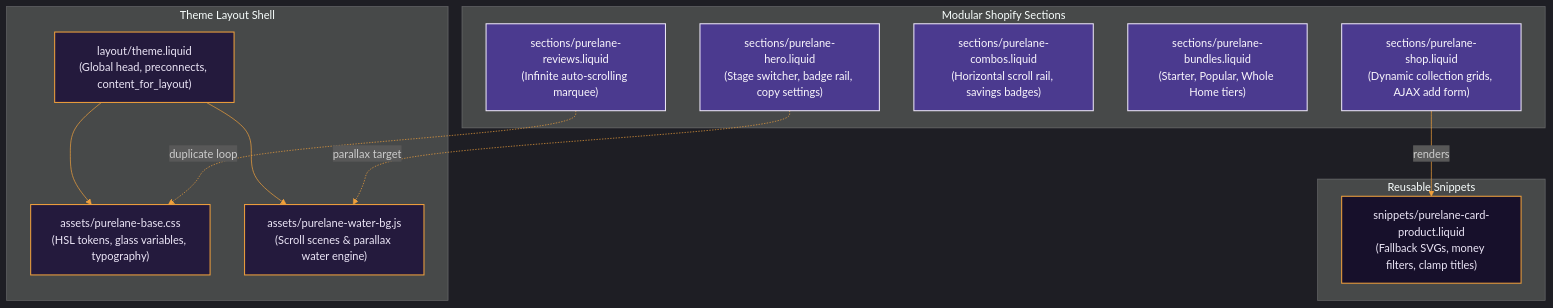
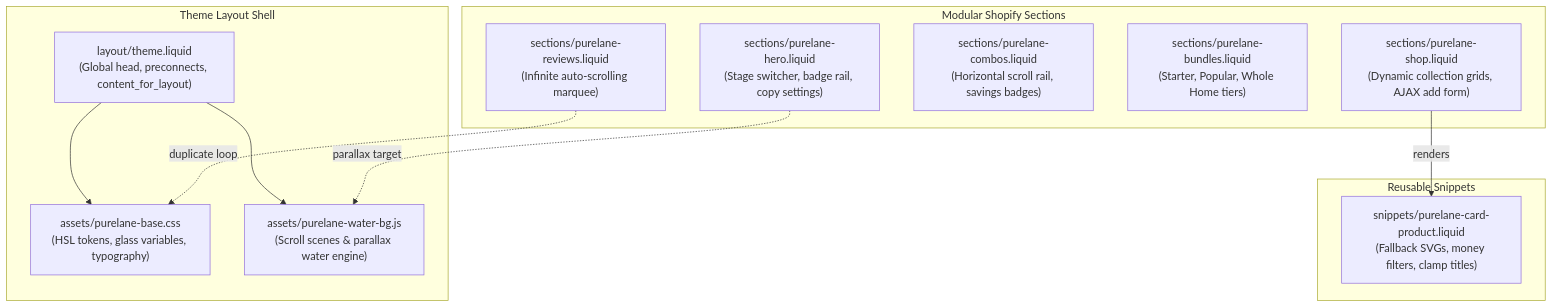
The diagram in README.md (Somay-kousis/swa1), drawn with Mermaid before and after one commit. The commit also changed other lines of this file, not shown here.

Commit message:
README: plain Mermaid diagram, stack badges

````diff
--- a/README.md
+++ b/README.md
@@ -27,45 +27,26 @@
 ```mermaid
-%%{init: {
-  'theme': 'dark',
-  'themeVariables': {
-    'background': '#17102b',
-    'primaryColor': '#241a3d',
-    'primaryTextColor': '#ece6f7',
-    'lineColor': '#f0a03c',
-    'nodeBorder': '#ece6f7',
-    'tertiaryColor': '#4b3a8f'
-  }
-}}%%
 flowchart TD
     subgraph GlobalLayout ["Theme Layout Shell"]
         ThemeLiquid["layout/theme.liquid<br/>(Global head, preconnects, content_for_layout)"]
         BaseCSS["assets/purelane-base.css<br/>(HSL tokens, glass variables, typography)"]
         WaterJS["assets/purelane-water-bg.js<br/>(Scroll scenes & parallax water engine)"]
         ThemeLiquid --> BaseCSS
         ThemeLiquid --> WaterJS
     end
 
     subgraph Sections ["Modular Shopify Sections"]
         Hero["sections/purelane-hero.liquid<br/>(Stage switcher, badge rail, copy settings)"]
         Shop["sections/purelane-shop.liquid<br/>(Dynamic collection grids, AJAX add form)"]
         Combos["sections/purelane-combos.liquid<br/>(Horizontal scroll rail, savings badges)"]
         Bundles["sections/purelane-bundles.liquid<br/>(Starter, Popular, Whole Home tiers)"]
         Reviews["sections/purelane-reviews.liquid<br/>(Infinite auto-scrolling marquee)"]
     end
 
     subgraph Snippets ["Reusable Snippets"]
         ProductCard["snippets/purelane-card-product.liquid<br/>(Fallback SVGs, money filters, clamp titles)"]
     end
 
     Shop -->|renders| ProductCard
     Hero -.->|parallax target| WaterJS
     Reviews -.->|duplicate loop| BaseCSS
-
-    classDef layoutNode fill:#241a3d,stroke:#f0a03c,stroke-width:1.5px,color:#ece6f7;
-    classDef sectionNode fill:#4b3a8f,stroke:#ece6f7,stroke-width:1.5px,color:#faf7fd;
-    classDef snippetNode fill:#17102b,stroke:#f0a03c,stroke-width:1.5px,color:#ece6f7;
-
-    class ThemeLiquid,BaseCSS,WaterJS layoutNode;
-    class Hero,Shop,Combos,Bundles,Reviews sectionNode;
-    class ProductCard snippetNode;
 ```
````
